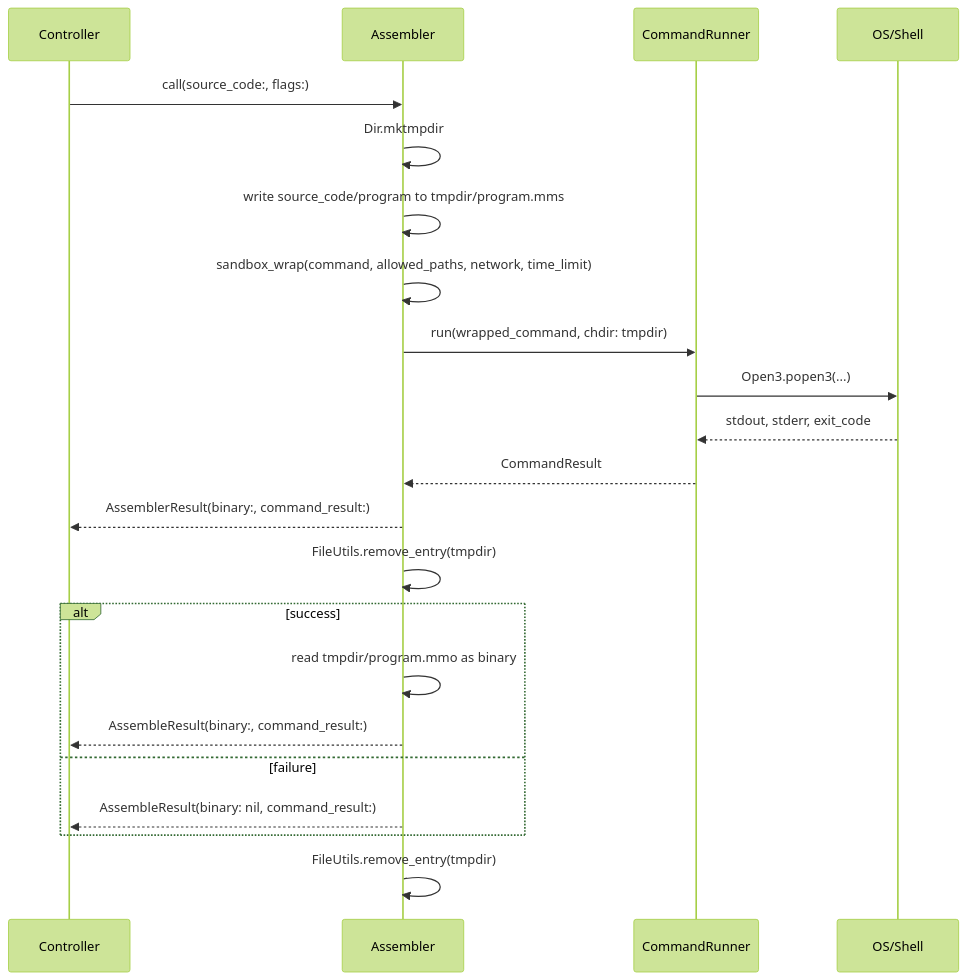
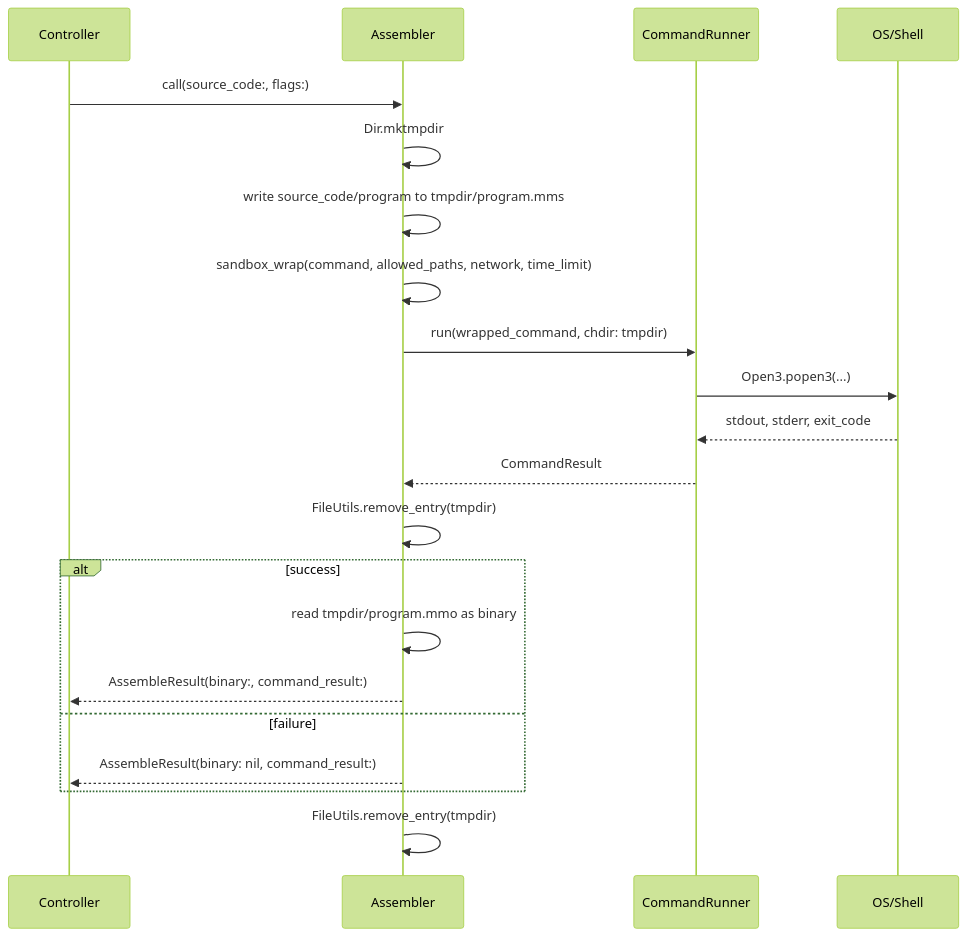
The third of 5 diagrams in docs/service_architecture.md (Wirt4/mmix-simulator), drawn with Mermaid (forest theme) before and after one commit.

Commit message:
Update service_architecture.md
fix sequence diagram

````diff
--- a/docs/service_architecture.md
+++ b/docs/service_architecture.md
@@ -117,25 +117,24 @@
 ```mermaid
 sequenceDiagram
     participant C as Controller
     participant A as Assembler
     participant CR as CommandRunner
     participant OS as OS/Shell
 
     C->>A: call(source_code:, flags:)
     A->>A: Dir.mktmpdir
     A->>A: write source_code/program to tmpdir/program.mms
     A->>A: sandbox_wrap(command, allowed_paths, network, time_limit)
     A->>CR: run(wrapped_command, chdir: tmpdir)
     CR->>OS: Open3.popen3(...)
     OS-->>CR: stdout, stderr, exit_code
     CR-->>A: CommandResult
-    A-->>C: AssemblerResult(binary:, command_result:)
     A->>A: FileUtils.remove_entry(tmpdir)
     alt success
         A->>A: read tmpdir/program.mmo as binary
         A-->>C: AssembleResult(binary:, command_result:)
     else failure
         A-->>C: AssembleResult(binary: nil, command_result:)
     end
     A->>A: FileUtils.remove_entry(tmpdir)
 ```
````
